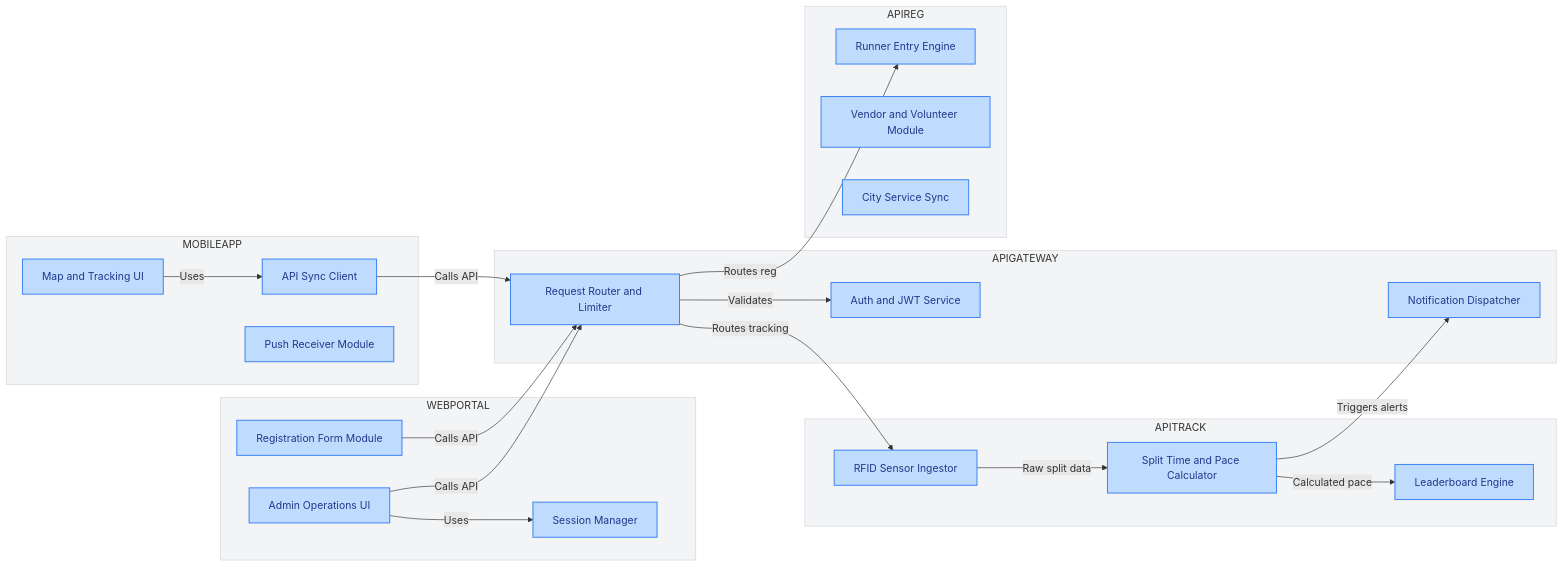
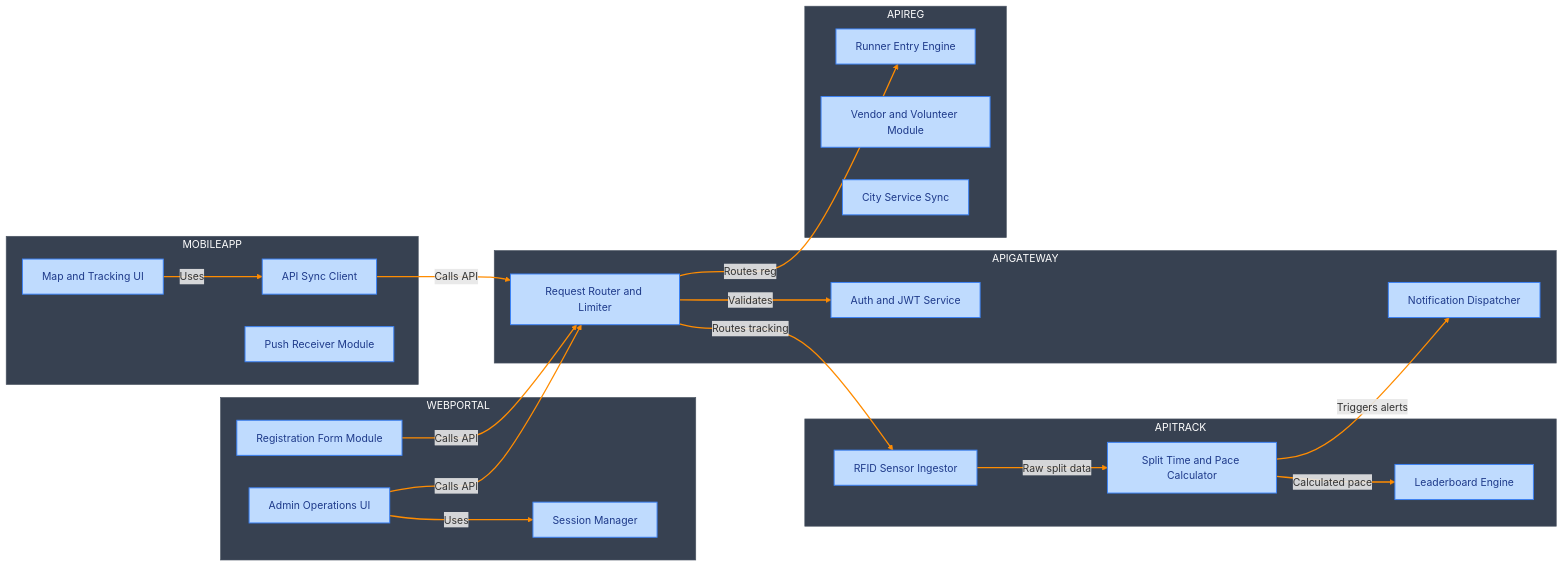
Before and after one commit to Georges034302/Templates: the second of 3 diagrams in UrbanMarathon-C4-Model.md, drawn with Mermaid. The commit also changed other lines of this file, not shown here.

Commit message:
Update styling and structure in Mermaid diagrams

````diff
--- a/UrbanMarathon-C4-Model.md
+++ b/UrbanMarathon-C4-Model.md
@@ -85,66 +85,64 @@
 ```mermaid
 flowchart LR
     %% Styling Definitions
     classDef compStyle fill:#BFDBFE,stroke:#3B82F6,stroke-width:1.5px,color:#1E3A8A;
+    classDef darkSub fill:#374151,stroke:#4B5563,stroke-width:1px,color:#FFFFFF;
 
     subgraph APITRACK ["APITRACK"]
         TRK_Ingest["RFID Sensor Ingestor"]
         TRK_Splits["Split Time and Pace Calculator"]
         TRK_Board["Leaderboard Engine"]
     end
 
     subgraph MOBILEAPP ["MOBILEAPP"]
         MA_UI["Map and Tracking UI"]
         MA_Sync["API Sync Client"]
         MA_Push["Push Receiver Module"]
     end
 
     subgraph WEBPORTAL ["WEBPORTAL"]
         WP_Admin["Admin Operations UI"]
         WP_Reg["Registration Form Module"]
         WP_Auth["Session Manager"]
     end
 
     subgraph APIGATEWAY ["APIGATEWAY"]
         GW_Notif["Notification Dispatcher"]
         GW_Router["Request Router and Limiter"]
         GW_Auth["Auth and JWT Service"]
     end
 
     subgraph APIREG ["APIREG"]
         REG_Core["Runner Entry Engine"]
         REG_Vendor["Vendor and Volunteer Module"]
         REG_Permit["City Service Sync"]
     end
 
-    %% Apply Component Styles
+    %% Apply Component and Subgraph Styles
     class TRK_Ingest,TRK_Splits,TRK_Board compStyle;
     class MA_UI,MA_Sync,MA_Push compStyle;
     class WP_Admin,WP_Reg,WP_Auth compStyle;
     class GW_Notif,GW_Router,GW_Auth compStyle;
     class REG_Core,REG_Vendor,REG_Permit compStyle;
+    class APITRACK,MOBILEAPP,WEBPORTAL,APIGATEWAY,APIREG darkSub;
 
-    %% Subgraph Background Styling
-    style APITRACK fill:#F3F4F6,stroke:#D1D5DB,stroke-width:1px;
-    style MOBILEAPP fill:#F3F4F6,stroke:#D1D5DB,stroke-width:1px;
-    style WEBPORTAL fill:#F3F4F6,stroke:#D1D5DB,stroke-width:1px;
-    style APIGATEWAY fill:#F3F4F6,stroke:#D1D5DB,stroke-width:1px;
-    style APIREG fill:#F3F4F6,stroke:#D1D5DB,stroke-width:1px;
+    %% Global Link Styling for Orange Arrows
+    linkStyle default stroke:#FF8C00,stroke-width:2px;
 
     %% Internal Module Connections
     MA_UI -->|"Uses"| MA_Sync
     WP_Admin -->|"Uses"| WP_Auth
     
     TRK_Ingest -->|"Raw split data"| TRK_Splits
     TRK_Splits -->|"Calculated pace"| TRK_Board
     TRK_Splits -->|"Triggers alerts"| GW_Notif
 
     %% API Ingress and Gateway Connections
     MA_Sync -->|"Calls API"| GW_Router
     WP_Admin -->|"Calls API"| GW_Router
     WP_Reg -->|"Calls API"| GW_Router
 
     GW_Router -->|"Validates"| GW_Auth
     GW_Router -->|"Routes reg"| REG_Core
     GW_Router -->|"Routes tracking"| TRK_Ingest
 ```
````
